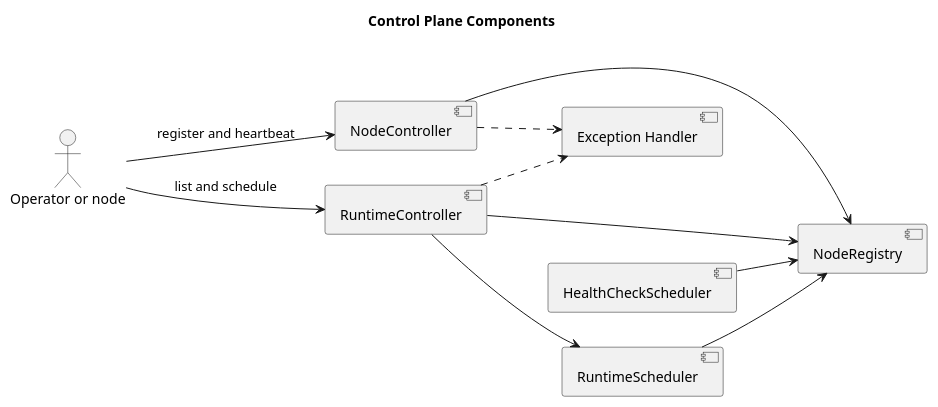
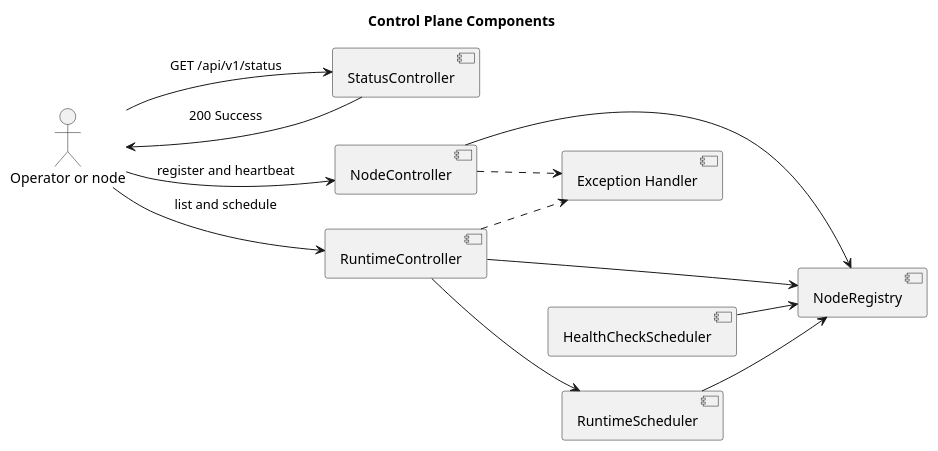
One commit to 2862282695gjh-afk/pi-mono-java changed the diagram in docs/designs/control-plane/diagram.puml. Above: the diagram before and after it, drawn with PlantUML. The commit also changed 3 other files, not shown here.

```diff
--- a/docs/designs/control-plane/diagram.puml
+++ b/docs/designs/control-plane/diagram.puml
@@ -1,28 +1,39 @@
 @startuml components
 title Control Plane Components
 left to right direction
 
-' Source evidence: implementation commit 8691e8800f05f28afe22499050c29220ef5b7475.
-' Source: modules/coding-agent-cli/src/main/java/com/campusclaw/codingagent/controlplane/api/NodeController.java.
-' Source: modules/coding-agent-cli/src/main/java/com/campusclaw/codingagent/controlplane/api/RuntimeController.java.
-' Source: modules/agent-core/src/main/java/com/campusclaw/agent/controlplane/service/NodeRegistry.java.
+' Source evidence: pre-change commit 0300541fbbe3db8b05ffa1ac953f15f01df74b3e.
+' Source evidence: reviewed implementation commit e8b861f2878ff07769a0e1c15ac5e45ab04316b3.
+' Source: modules/coding-agent-cli/src/main/java/com/campusclaw/codingagent/controlplane/api/StatusController.java, status().
+' Source: modules/coding-agent-cli/src/main/java/com/campusclaw/codingagent/controlplane/api/NodeController.java, register(), heartbeat().
+' Source: modules/coding-agent-cli/src/main/java/com/campusclaw/codingagent/controlplane/api/RuntimeController.java, list(), schedule().
+' Source: modules/coding-agent-cli/src/main/java/com/campusclaw/codingagent/controlplane/error/ControlPlaneExceptionHandler.java, handleUnexpected().
+' Source: modules/agent-core/src/main/java/com/campusclaw/agent/controlplane/service/NodeRegistry.java, register(), sweep().
+' Source: modules/agent-core/src/main/java/com/campusclaw/agent/controlplane/service/HealthCheckScheduler.java, sweep().
+' Source: modules/agent-core/src/main/java/com/campusclaw/agent/controlplane/service/RuntimeScheduler.java, schedule().
 ' Observed behavior: Spring MVC controllers expose in-memory registry and scheduling services.
+' Observed behavior: StatusController was added in the reviewed commit and returns a fixed Success body.
+' Design reason: The requested liveness probe has no registry or downstream dependency.
+' Product constraint: Preserve GET /api/v1/status and its plain string response.
 
 actor "Operator or node" as Client
+component "StatusController" as StatusApi
 component "NodeController" as NodeApi
 component "RuntimeController" as RuntimeApi
 component "Exception Handler" as Errors
 component "NodeRegistry" as Registry
 component "HealthCheckScheduler" as Health
 component "RuntimeScheduler" as Scheduler
 
+Client --> StatusApi : GET /api/v1/status
+StatusApi --> Client : 200 Success
 Client --> NodeApi : register and heartbeat
 Client --> RuntimeApi : list and schedule
 NodeApi --> Registry
 RuntimeApi --> Registry
 RuntimeApi --> Scheduler
 Scheduler --> Registry
 Health --> Registry
 NodeApi ..> Errors
 RuntimeApi ..> Errors
 @enduml
```
